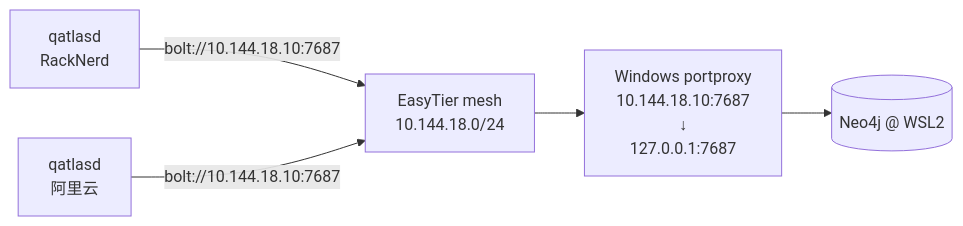
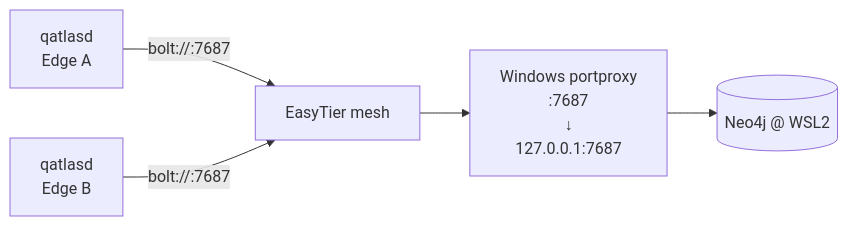
The diagram in docs/deployment/neo4j.md (IAI-USTC-Quantum/QuantumAtlas), drawn with Mermaid before and after one commit. The commit also changed other lines of this file and 88 other files, not shown here.

````diff
--- a/docs/deployment/neo4j.md
+++ b/docs/deployment/neo4j.md
@@ -82,7 +82,7 @@
 ```mermaid
 flowchart LR
-    QA_RN[qatlasd<br/>RackNerd] -->|bolt://10.144.18.10:7687| MESH
-    QA_AL[qatlasd<br/>阿里云] -->|bolt://10.144.18.10:7687| MESH
-    MESH[EasyTier mesh<br/>10.144.18.0/24] --> PROXY[Windows portproxy<br/>10.144.18.10:7687<br/>↓<br/>127.0.0.1:7687]
+    QA_A[qatlasd<br/>Edge A] -->|bolt://<neo4j-bolt-host>:7687| MESH
+    QA_B[qatlasd<br/>Edge B] -->|bolt://<neo4j-bolt-host>:7687| MESH
+    MESH[EasyTier mesh<br/><mesh-cidr>] --> PROXY[Windows portproxy<br/><neo4j-bolt-host>:7687<br/>↓<br/>127.0.0.1:7687]
     PROXY --> NEO4J[(Neo4j @ WSL2)]
 ```
````
